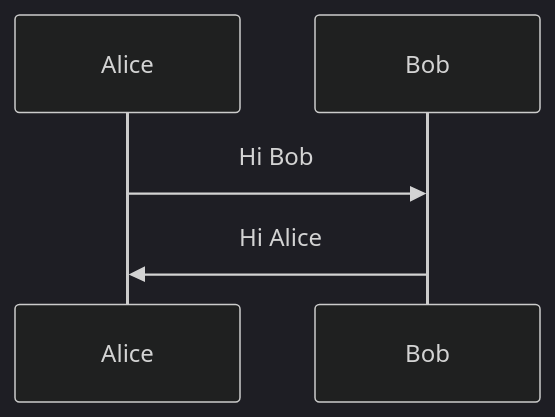
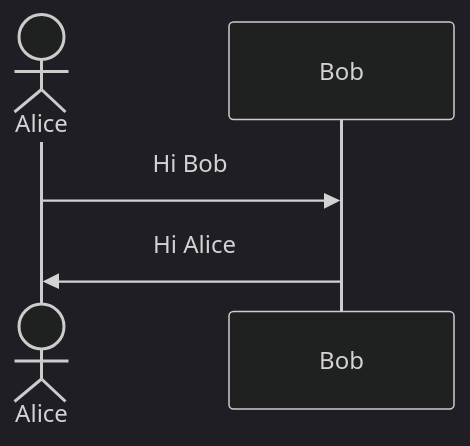
The first of 2 diagrams in docs/day3-4.md (kemjensak/isaac_sim_tutorial), drawn with Mermaid (dark theme) before and after one commit. The commit also changed other lines of this file, not shown here.

````diff
--- a/docs/day3-4.md
+++ b/docs/day3-4.md
@@ -121,7 +121,7 @@
 ```mermaid 
 sequenceDiagram 
-	 participant  Alice  
-	 participant  Bob  
+	 actor Alice  
+	 participant Bob  
 	 Alice->>Bob: Hi Bob  
 	 Bob->>Alice: Hi Alice
 ```
````
